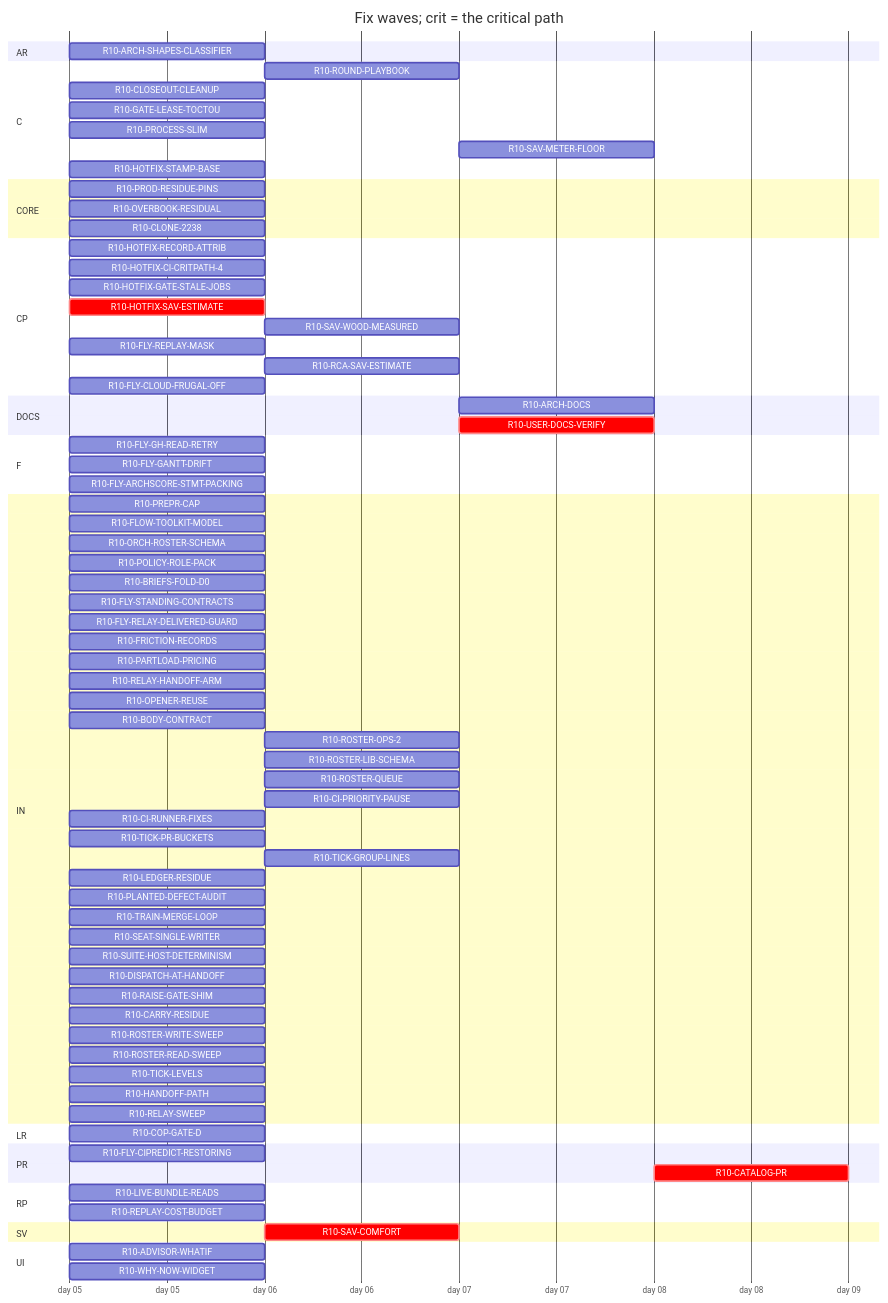
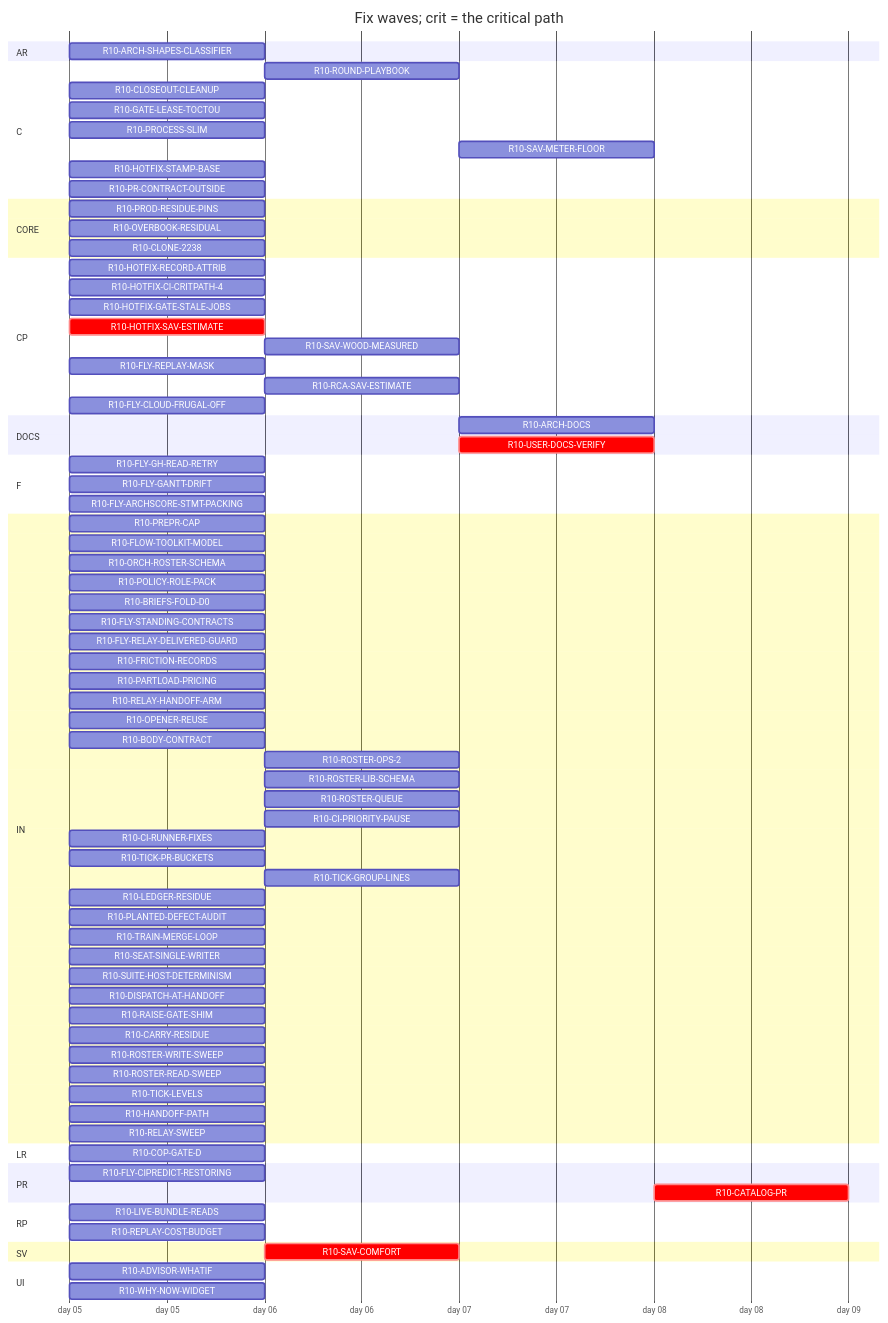
The diagram in handoff/round10/state/PLAN-TABLE.md (tvofi/heatpump_optimizer), drawn with Mermaid before and after one commit. The commit also changed other lines of this file and 4 other files, not shown here.

Commit message:
state: FLOW-BOARD.md, NEXT-SESSION-PROMPT.md, PLAN-TABLE.md, PLAN.html, RESUME-CURRENT.md regenerated (state_docs.py)

````diff
--- a/handoff/round10/state/PLAN-TABLE.md
+++ b/handoff/round10/state/PLAN-TABLE.md
@@ -25,81 +25,82 @@
 ```mermaid
 gantt
   title Fix waves; crit = the critical path
   dateFormat YYYY-MM-DD
   axisFormat day %d
   section AR
     R10-ARCH-SHAPES-CLASSIFIER :r10ARCHSHAPESCLASSIFIER, 2026-01-05, 1d
   section C
     R10-ROUND-PLAYBOOK :r10ROUNDPLAYBOOK, after r10PREPRCAP r10HANDOFFPATH r10RELAYSWEEP r10TRAINMERGELOOP r10DISPATCHATHANDOFF r10BODYCONTRACT r10TICKLEVELS r10CIPRIORITYPAUSE r10ROSTERWRITESWEEP r10ROSTERREADSWEEP r10FLYSTANDINGCONTRACTS r10POLICYROLEPACK r10FRICTIONRECORDS r10FLOWTOOLKITMODEL r10LEDGERRESIDUE r10CIRUNNERFIXES r10FLYCIPREDICTRESTORING r10RAISEGATESHIM r10PLANTEDDEFECTAUDIT r10FLYGHREADRETRY r10SUITEHOSTDETERMINISM, 1d
     R10-CLOSEOUT-CLEANUP :r10CLOSEOUTCLEANUP, 2026-01-05, 1d
     R10-GATE-LEASE-TOCTOU :r10GATELEASETOCTOU, 2026-01-05, 1d
     R10-PROCESS-SLIM :r10PROCESSSLIM, 2026-01-05, 1d
     R10-SAV-METER-FLOOR :r10SAVMETERFLOOR, after r10HOTFIXSAVESTIMATE r10SAVCOMFORT, 1d
     R10-HOTFIX-STAMP-BASE :r10HOTFIXSTAMPBASE, 2026-01-05, 1d
+    R10-PR-CONTRACT-OUTSIDE :r10PRCONTRACTOUTSIDE, 2026-01-05, 1d
   section CORE
     R10-PROD-RESIDUE-PINS :r10PRODRESIDUEPINS, 2026-01-05, 1d
     R10-OVERBOOK-RESIDUAL :r10OVERBOOKRESIDUAL, 2026-01-05, 1d
     R10-CLONE-2238 :r10CLONE2238, 2026-01-05, 1d
   section CP
     R10-HOTFIX-RECORD-ATTRIB :r10HOTFIXRECORDATTRIB, 2026-01-05, 1d
     R10-HOTFIX-CI-CRITPATH-4 :r10HOTFIXCICRITPATH4, 2026-01-05, 1d
     R10-HOTFIX-GATE-STALE-JOBS :r10HOTFIXGATESTALEJOBS, 2026-01-05, 1d
     R10-HOTFIX-SAV-ESTIMATE :crit, r10HOTFIXSAVESTIMATE, 2026-01-05, 1d
     R10-SAV-WOOD-MEASURED :r10SAVWOODMEASURED, after r10HOTFIXSAVESTIMATE, 1d
     R10-FLY-REPLAY-MASK :r10FLYREPLAYMASK, 2026-01-05, 1d
     R10-RCA-SAV-ESTIMATE :r10RCASAVESTIMATE, after r10HOTFIXSAVESTIMATE, 1d
     R10-FLY-CLOUD-FRUGAL-OFF :r10FLYCLOUDFRUGALOFF, 2026-01-05, 1d
   section DOCS
     R10-ARCH-DOCS :r10ARCHDOCS, after r10CARRYRESIDUE r10OVERBOOKRESIDUAL r10CLONE2238 r10SAVCOMFORT r10COPGATED r10WHYNOWWIDGET r10PARTLOADPRICING r10ARCHSHAPESCLASSIFIER r10ADVISORWHATIF r10PRODRESIDUEPINS r10LIVEBUNDLEREADS r10REPLAYCOSTBUDGET r10PREPRCAP r10HANDOFFPATH r10RELAYSWEEP r10TRAINMERGELOOP r10DISPATCHATHANDOFF r10BODYCONTRACT r10TICKLEVELS r10CIPRIORITYPAUSE r10ROSTERWRITESWEEP r10ROSTERREADSWEEP r10FLYSTANDINGCONTRACTS r10POLICYROLEPACK r10FRICTIONRECORDS r10FLOWTOOLKITMODEL r10LEDGERRESIDUE r10CIRUNNERFIXES r10FLYCIPREDICTRESTORING r10RAISEGATESHIM r10PLANTEDDEFECTAUDIT r10FLYGHREADRETRY r10SUITEHOSTDETERMINISM, 1d
     R10-USER-DOCS-VERIFY :crit, r10USERDOCSVERIFY, after r10CARRYRESIDUE r10OVERBOOKRESIDUAL r10CLONE2238 r10SAVCOMFORT r10COPGATED r10WHYNOWWIDGET r10PARTLOADPRICING r10ARCHSHAPESCLASSIFIER r10ADVISORWHATIF r10PRODRESIDUEPINS r10LIVEBUNDLEREADS r10REPLAYCOSTBUDGET, 1d
   section F
     R10-FLY-GH-READ-RETRY :r10FLYGHREADRETRY, 2026-01-05, 1d
     R10-FLY-GANTT-DRIFT :r10FLYGANTTDRIFT, 2026-01-05, 1d
     R10-FLY-ARCHSCORE-STMT-PACKING :r10FLYARCHSCORESTMTPACKING, 2026-01-05, 1d
   section IN
     R10-PREPR-CAP :r10PREPRCAP, 2026-01-05, 1d
     R10-FLOW-TOOLKIT-MODEL :r10FLOWTOOLKITMODEL, 2026-01-05, 1d
     R10-ORCH-ROSTER-SCHEMA :r10ORCHROSTERSCHEMA, 2026-01-05, 1d
     R10-POLICY-ROLE-PACK :r10POLICYROLEPACK, 2026-01-05, 1d
     R10-BRIEFS-FOLD-D0 :r10BRIEFSFOLDD0, 2026-01-05, 1d
     R10-FLY-STANDING-CONTRACTS :r10FLYSTANDINGCONTRACTS, 2026-01-05, 1d
     R10-FLY-RELAY-DELIVERED-GUARD :r10FLYRELAYDELIVEREDGUARD, 2026-01-05, 1d
     R10-FRICTION-RECORDS :r10FRICTIONRECORDS, 2026-01-05, 1d
     R10-PARTLOAD-PRICING :r10PARTLOADPRICING, 2026-01-05, 1d
     R10-RELAY-HANDOFF-ARM :r10RELAYHANDOFFARM, 2026-01-05, 1d
     R10-OPENER-REUSE :r10OPENERREUSE, 2026-01-05, 1d
     R10-BODY-CONTRACT :r10BODYCONTRACT, 2026-01-05, 1d
     R10-ROSTER-OPS-2 :r10ROSTEROPS2, after r10ORCHROSTERSCHEMA, 1d
     R10-ROSTER-LIB-SCHEMA :r10ROSTERLIBSCHEMA, after r10ORCHROSTERSCHEMA, 1d
     R10-ROSTER-QUEUE :r10ROSTERQUEUE, after r10ORCHROSTERSCHEMA, 1d
     R10-CI-PRIORITY-PAUSE :r10CIPRIORITYPAUSE, after r10TICKLEVELS, 1d
     R10-CI-RUNNER-FIXES :r10CIRUNNERFIXES, 2026-01-05, 1d
     R10-TICK-PR-BUCKETS :r10TICKPRBUCKETS, 2026-01-05, 1d
     R10-TICK-GROUP-LINES :r10TICKGROUPLINES, after r10ORCHROSTERSCHEMA, 1d
     R10-LEDGER-RESIDUE :r10LEDGERRESIDUE, 2026-01-05, 1d
     R10-PLANTED-DEFECT-AUDIT :r10PLANTEDDEFECTAUDIT, 2026-01-05, 1d
     R10-TRAIN-MERGE-LOOP :r10TRAINMERGELOOP, 2026-01-05, 1d
     R10-SEAT-SINGLE-WRITER :r10SEATSINGLEWRITER, 2026-01-05, 1d
     R10-SUITE-HOST-DETERMINISM :r10SUITEHOSTDETERMINISM, 2026-01-05, 1d
     R10-DISPATCH-AT-HANDOFF :r10DISPATCHATHANDOFF, 2026-01-05, 1d
     R10-RAISE-GATE-SHIM :r10RAISEGATESHIM, 2026-01-05, 1d
     R10-CARRY-RESIDUE :r10CARRYRESIDUE, 2026-01-05, 1d
     R10-ROSTER-WRITE-SWEEP :r10ROSTERWRITESWEEP, 2026-01-05, 1d
     R10-ROSTER-READ-SWEEP :r10ROSTERREADSWEEP, 2026-01-05, 1d
     R10-TICK-LEVELS :r10TICKLEVELS, 2026-01-05, 1d
     R10-HANDOFF-PATH :r10HANDOFFPATH, 2026-01-05, 1d
     R10-RELAY-SWEEP :r10RELAYSWEEP, 2026-01-05, 1d
   section LR
     R10-COP-GATE-D :r10COPGATED, 2026-01-05, 1d
   section PR
     R10-FLY-CIPREDICT-RESTORING :r10FLYCIPREDICTRESTORING, 2026-01-05, 1d
     R10-CATALOG-PR :crit, r10CATALOGPR, after r10USERDOCSVERIFY r10ARCHDOCS r10ROUNDPLAYBOOK r10CLOSEOUTCLEANUP, 1d
   section RP
     R10-LIVE-BUNDLE-READS :r10LIVEBUNDLEREADS, 2026-01-05, 1d
     R10-REPLAY-COST-BUDGET :r10REPLAYCOSTBUDGET, 2026-01-05, 1d
   section SV
     R10-SAV-COMFORT :crit, r10SAVCOMFORT, after r10HOTFIXSAVESTIMATE, 1d
   section UI
     R10-ADVISOR-WHATIF :r10ADVISORWHATIF, 2026-01-05, 1d
     R10-WHY-NOW-WIDGET :r10WHYNOWWIDGET, 2026-01-05, 1d
 ```
````
